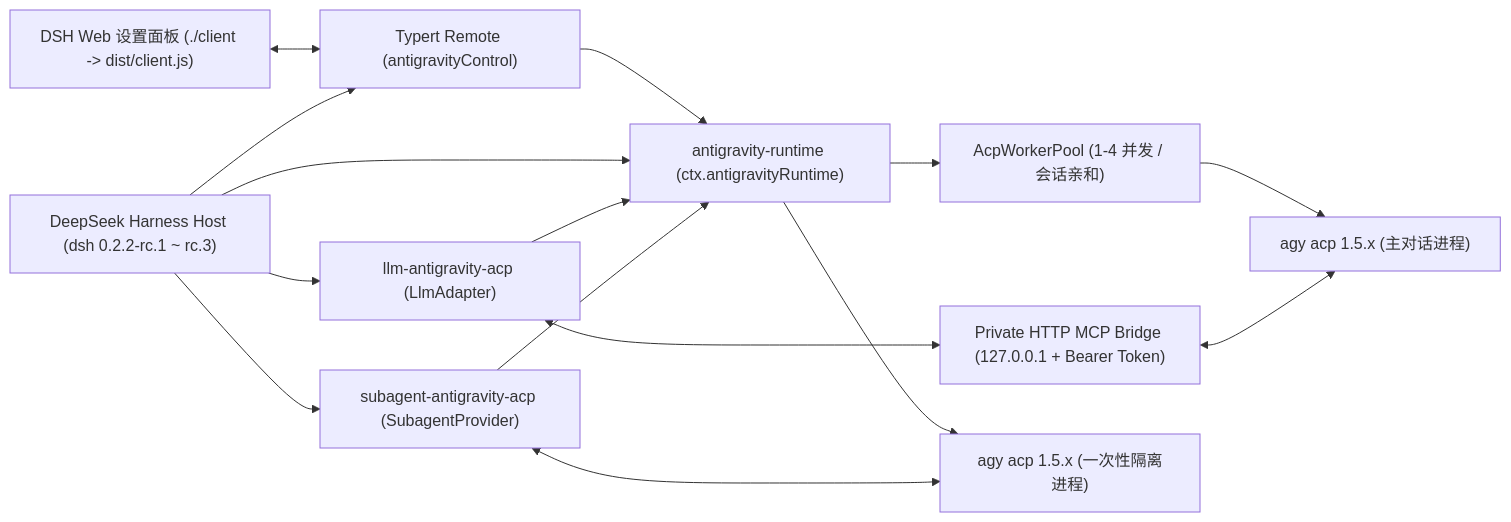
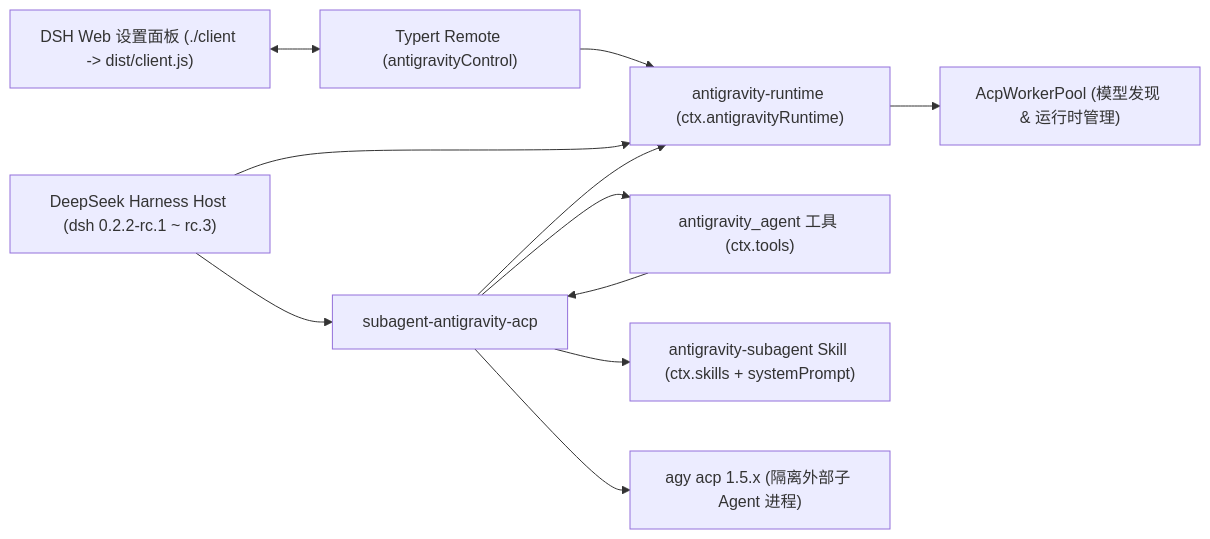
Before and after one commit to qq1299235059/dsh-antigravity-acp: the diagram in README.md, drawn with Mermaid. The commit also changed other lines of this file and 85 other files, not shown here.

Commit message:
feat(subagent): remove main llm provider, add subagent tool, skill & settings panel (v0.3.0)

````diff
--- a/README.md
+++ b/README.md
@@ -40,28 +44,23 @@
 ```mermaid
 flowchart LR
     DSH["DeepSeek Harness Host (dsh 0.2.2-rc.1 ~ rc.3)"]
     UI["DSH Web 设置面板 (./client -> dist/client.js)"]
     RPC["Typert Remote (antigravityControl)"]
     RT["antigravity-runtime (ctx.antigravityRuntime)"]
-    LLM["llm-antigravity-acp (LlmAdapter)"]
-    SUB["subagent-antigravity-acp (SubagentProvider)"]
-    BRIDGE["Private HTTP MCP Bridge (127.0.0.1 + Bearer Token)"]
-    POOL["AcpWorkerPool (1-4 并发 / 会话亲和)"]
-    AGY1["agy acp 1.5.x (主对话进程)"]
-    AGY2["agy acp 1.5.x (一次性隔离进程)"]
+    SUB["subagent-antigravity-acp"]
+    TOOL["antigravity_agent 工具 (ctx.tools)"]
+    SKILL["antigravity-subagent Skill (ctx.skills + systemPrompt)"]
+    POOL["AcpWorkerPool (模型发现 & 运行时管理)"]
+    AGY["agy acp 1.5.x (隔离外部子 Agent 进程)"]
 
     UI <--> RPC
-    DSH --> RPC
     RPC --> RT
     DSH --> RT
-    DSH --> LLM
     DSH --> SUB
-    LLM --> RT
     SUB --> RT
-    LLM <--> BRIDGE
+    SUB --> TOOL
+    SUB --> SKILL
+    TOOL --> SUB
     RT --> POOL
-    POOL --> AGY1
-    BRIDGE <--> AGY1
-    RT --> AGY2
-    SUB <--> AGY2
+    SUB --> AGY
 ```
````
